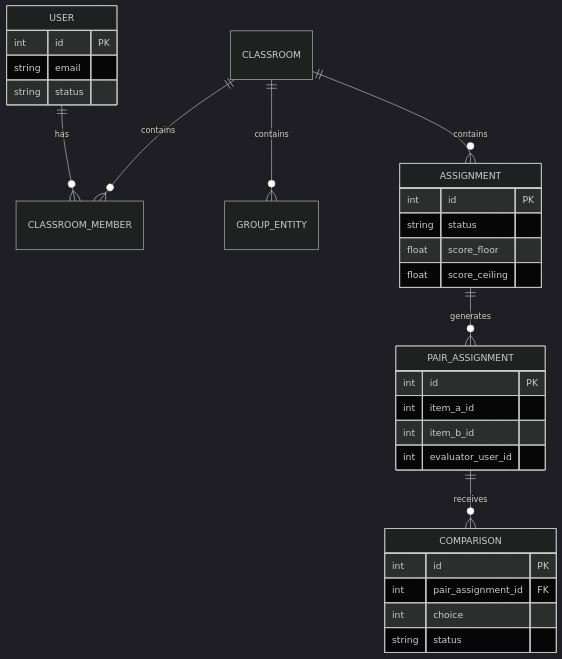
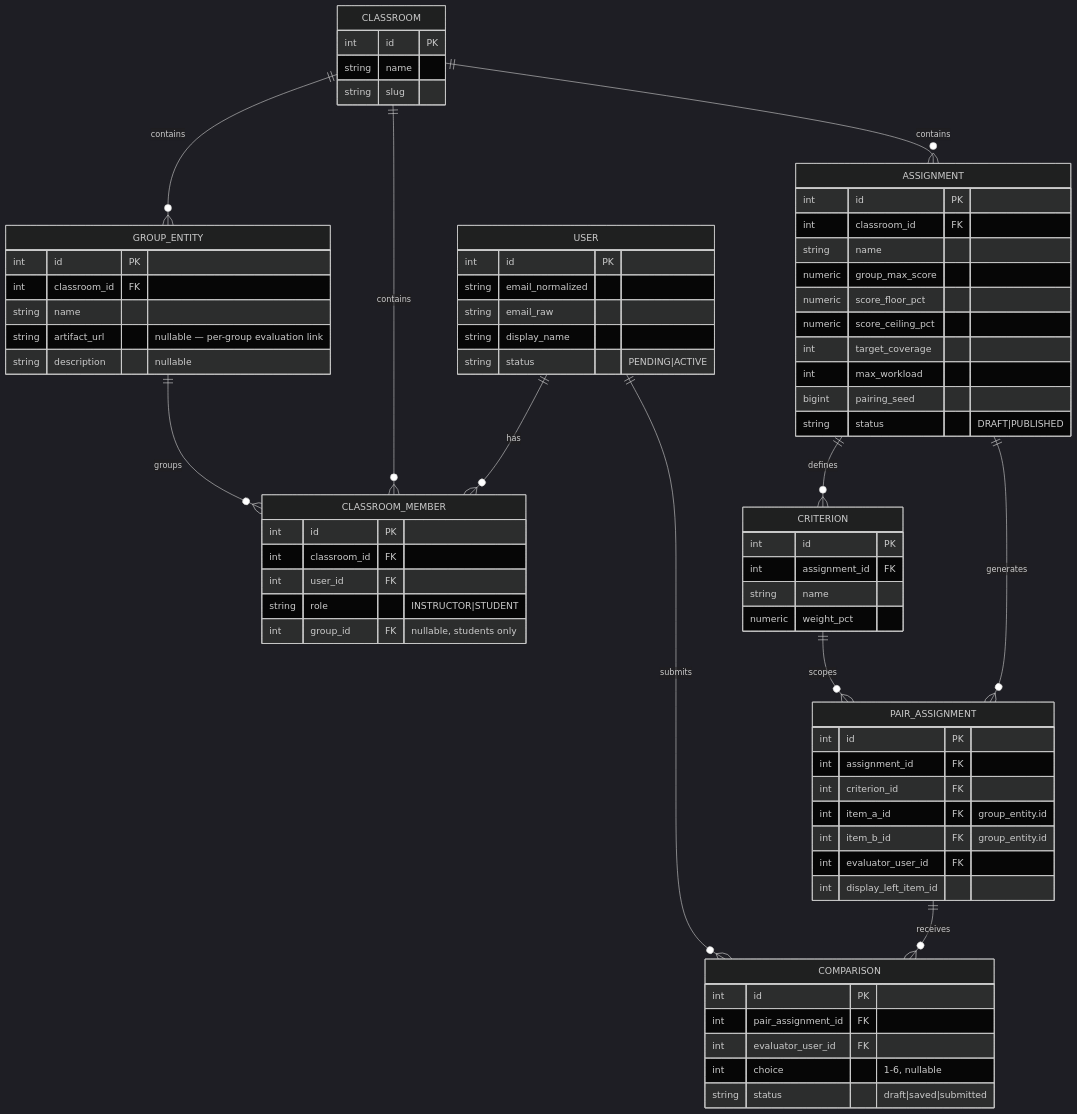
Before and after one commit to Bunyakorn-K/sdpx-ultrasmooth: the diagram in docs/erd.md, drawn with Mermaid (dark theme). The commit also changed other lines of this file and 67 other files, not shown here.

````diff
--- a/docs/erd.md
+++ b/docs/erd.md
@@ -3,33 +14,74 @@
 ```mermaid
 erDiagram
     USER ||--o{ CLASSROOM_MEMBER : has
     CLASSROOM ||--o{ CLASSROOM_MEMBER : contains
     CLASSROOM ||--o{ GROUP_ENTITY : contains
     CLASSROOM ||--o{ ASSIGNMENT : contains
+    GROUP_ENTITY ||--o{ CLASSROOM_MEMBER : groups
+    ASSIGNMENT ||--o{ CRITERION : defines
     ASSIGNMENT ||--o{ PAIR_ASSIGNMENT : generates
+    CRITERION ||--o{ PAIR_ASSIGNMENT : scopes
     PAIR_ASSIGNMENT ||--o{ COMPARISON : receives
+    USER ||--o{ COMPARISON : submits
 
     USER {
         int id PK
-        string email
-        string status
+        string email_normalized
+        string email_raw
+        string display_name
+        string status "PENDING|ACTIVE"
+    }
+    CLASSROOM {
+        int id PK
+        string name
+        string slug
+    }
+    CLASSROOM_MEMBER {
+        int id PK
+        int classroom_id FK
+        int user_id FK
+        string role "INSTRUCTOR|STUDENT"
+        int group_id FK "nullable, students only"
+    }
+    GROUP_ENTITY {
+        int id PK
+        int classroom_id FK
+        string name
+        string artifact_url "nullable — per-group evaluation link"
+        string description "nullable"
     }
     ASSIGNMENT {
         int id PK
-        string status
-        float score_floor
-        float score_ceiling
+        int classroom_id FK
+        string name
+        numeric group_max_score
+        numeric score_floor_pct
+        numeric score_ceiling_pct
+        int target_coverage
+        int max_workload
+        bigint pairing_seed
+        string status "DRAFT|PUBLISHED"
+    }
+    CRITERION {
+        int id PK
+        int assignment_id FK
+        string name
+        numeric weight_pct
     }
     PAIR_ASSIGNMENT {
         int id PK
-        int item_a_id
-        int item_b_id
-        int evaluator_user_id
+        int assignment_id FK
+        int criterion_id FK
+        int item_a_id FK "group_entity.id"
+        int item_b_id FK "group_entity.id"
+        int evaluator_user_id FK
+        int display_left_item_id
     }
     COMPARISON {
         int id PK
         int pair_assignment_id FK
-        int choice
-        string status
+        int evaluator_user_id FK
+        int choice "1-6, nullable"
+        string status "draft|saved|submitted"
     }
 ```
````
